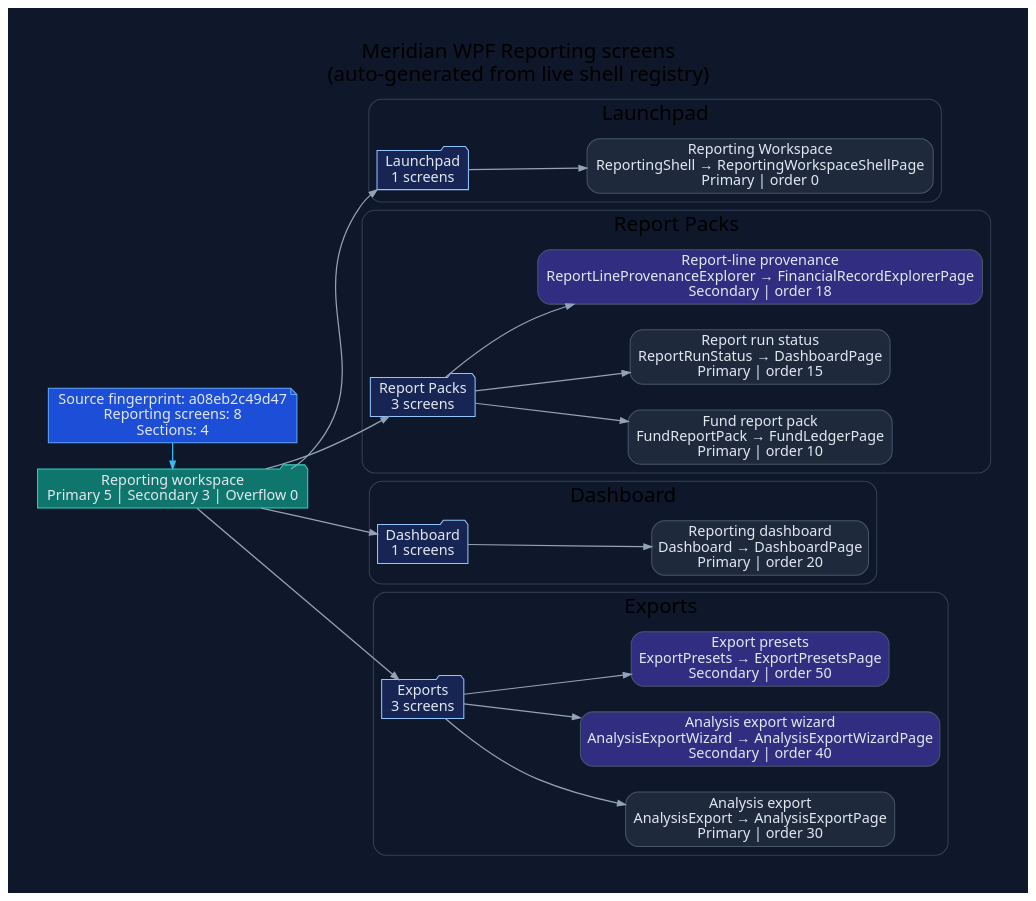
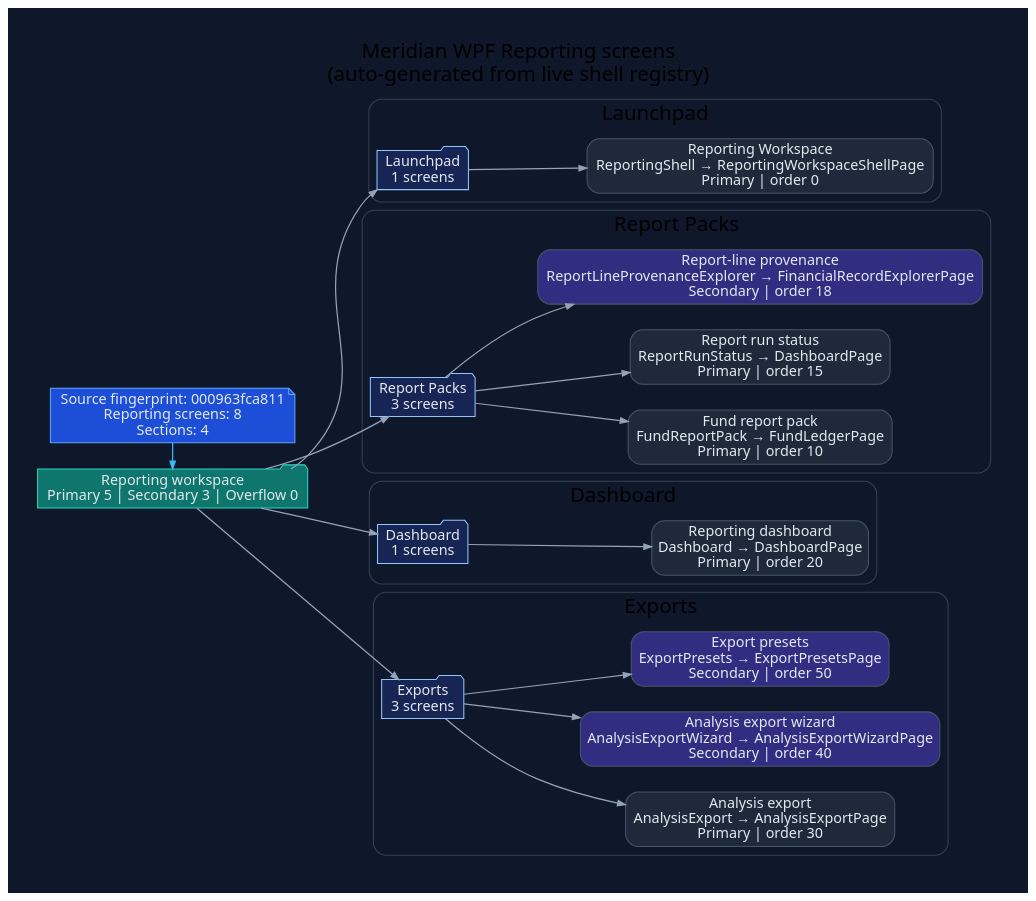
Before and after one commit to rodoHasArrived/Meridian-main: the diagram in docs/diagrams/ui/ui-wpf-screens-reporting.dot, drawn with Graphviz. The commit also changed 49 other files, not shown here.

```diff
--- a/docs/diagrams/ui/ui-wpf-screens-reporting.dot
+++ b/docs/diagrams/ui/ui-wpf-screens-reporting.dot
@@ -1,74 +1,74 @@
 // -----------------------------------------------------------------------------
 // <auto-generated>
 // Generated by scripts/generate-diagrams.mjs.
 // Do not edit this file directly; update the WPF source files instead.
 // -----------------------------------------------------------------------------
 digraph WpfReportingScreens {
   graph [
     rankdir=LR,
     labelloc=t,
     label="Meridian WPF Reporting screens\n(auto-generated from live shell registry)",
     fontname="Segoe UI",
     fontsize=20,
     pad=0.4,
     nodesep=0.35,
     ranksep=0.85,
     bgcolor="#0f172a"
   ];
   node [fontname="Segoe UI", shape=box, style="rounded,filled", color="#475569", fontcolor="#e2e8f0", fillcolor="#1e293b"];
   edge [fontname="Segoe UI", color="#94a3b8", penwidth=1.2, arrowsize=0.75];
 
-  generated [shape=note, fillcolor="#1d4ed8", color="#60a5fa", label="Source fingerprint: a08eb2c49d47\nReporting screens: 8\nSections: 4"];
+  generated [shape=note, fillcolor="#1d4ed8", color="#60a5fa", label="Source fingerprint: 000963fca811\nReporting screens: 8\nSections: 4"];
   workspace [shape=folder, fillcolor="#0f766e", color="#2dd4bf", label="Reporting workspace\nPrimary 5 | Secondary 3 | Overflow 0"];
   generated -> workspace [color="#38bdf8"];
 
   subgraph cluster_section_1 {
     label="Launchpad";
     color="#334155";
     style="rounded";
     section_1 [shape=folder, fillcolor="#172554", color="#93c5fd", label="Launchpad\n1 screens"];
     workspace -> section_1;
     screen_ReportingShell [fillcolor="#1e293b", label="Reporting Workspace\nReportingShell → ReportingWorkspaceShellPage\nPrimary | order 0"];
     section_1 -> screen_ReportingShell;
   }
 
   subgraph cluster_section_2 {
     label="Report Packs";
     color="#334155";
     style="rounded";
     section_2 [shape=folder, fillcolor="#172554", color="#93c5fd", label="Report Packs\n3 screens"];
     workspace -> section_2;
     screen_FundReportPack [fillcolor="#1e293b", label="Fund report pack\nFundReportPack → FundLedgerPage\nPrimary | order 10"];
     section_2 -> screen_FundReportPack;
     screen_ReportRunStatus [fillcolor="#1e293b", label="Report run status\nReportRunStatus → DashboardPage\nPrimary | order 15"];
     section_2 -> screen_ReportRunStatus;
     screen_ReportLineProvenanceExplorer [fillcolor="#312e81", label="Report-line provenance\nReportLineProvenanceExplorer → FinancialRecordExplorerPage\nSecondary | order 18"];
     section_2 -> screen_ReportLineProvenanceExplorer;
   }
 
   subgraph cluster_section_3 {
     label="Dashboard";
     color="#334155";
     style="rounded";
     section_3 [shape=folder, fillcolor="#172554", color="#93c5fd", label="Dashboard\n1 screens"];
     workspace -> section_3;
     screen_Dashboard [fillcolor="#1e293b", label="Reporting dashboard\nDashboard → DashboardPage\nPrimary | order 20"];
     section_3 -> screen_Dashboard;
   }
 
   subgraph cluster_section_4 {
     label="Exports";
     color="#334155";
     style="rounded";
     section_4 [shape=folder, fillcolor="#172554", color="#93c5fd", label="Exports\n3 screens"];
     workspace -> section_4;
     screen_AnalysisExport [fillcolor="#1e293b", label="Analysis export\nAnalysisExport → AnalysisExportPage\nPrimary | order 30"];
     section_4 -> screen_AnalysisExport;
     screen_AnalysisExportWizard [fillcolor="#312e81", label="Analysis export wizard\nAnalysisExportWizard → AnalysisExportWizardPage\nSecondary | order 40"];
     section_4 -> screen_AnalysisExportWizard;
     screen_ExportPresets [fillcolor="#312e81", label="Export presets\nExportPresets → ExportPresetsPage\nSecondary | order 50"];
     section_4 -> screen_ExportPresets;
   }
 
   { rank=min; generated; workspace; }
 }
```
